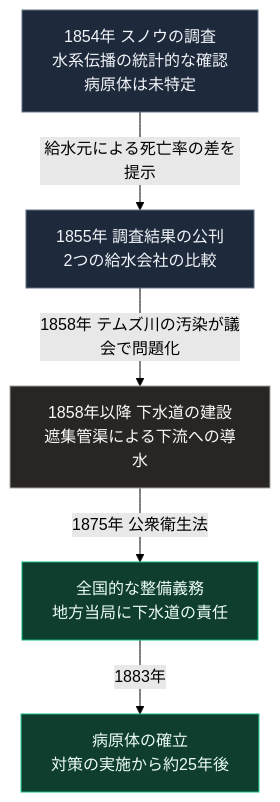
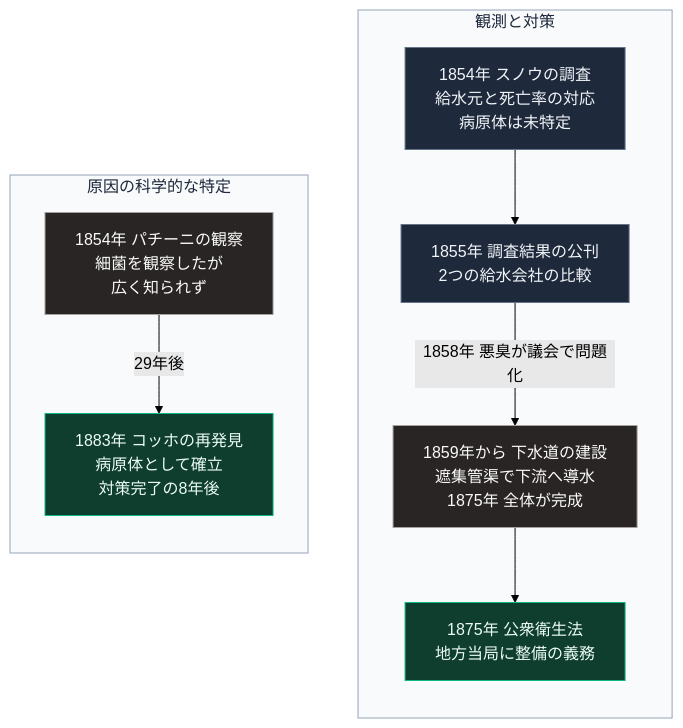
One commit to Takenori-Kusaka/zenn-content changed the diagram in books/sovereign-resilience-blueprint/05_cholera-outbreak-sewage.md. Above: the diagram before and after it, drawn with Mermaid (forest theme). The commit also changed other lines of this file and 114 other files, not shown here.

````diff
--- a/books/sovereign-resilience-blueprint/05_cholera-outbreak-sewage.md
+++ b/books/sovereign-resilience-blueprint/05_cholera-outbreak-sewage.md
@@ -65,14 +65,24 @@
 ```mermaid
 flowchart TD
-    A[1854年 スノウの調査<br>水系伝播の統計的な確認<br>病原体は未特定]
-    A -->|給水元による死亡率の差を提示| B[1855年 調査結果の公刊<br>2つの給水会社の比較]
-    B -->|1858年 テムズ川の汚染が議会で問題化| C[1858年以降 下水道の建設<br>遮集管渠による下流への導水]
-    C -->|1875年 公衆衛生法| D[全国的な整備義務<br>地方当局に下水道の責任]
-    D -->|1883年| E[病原体の確立<br>対策の実施から約25年後]
+    subgraph GA[観測と対策]
+        direction TB
+        A1[1854年 スノウの調査<br>給水元と死亡率の対応<br>病原体は未特定]
+        A1 --> A2[1855年 調査結果の公刊<br>2つの給水会社の比較]
+        A2 -->|1858年 悪臭が議会で問題化| A3[1859年から 下水道の建設<br>遮集管渠で下流へ導水<br>1875年 全体が完成]
+        A3 --> A4[1875年 公衆衛生法<br>地方当局に整備の義務]
+    end
+    subgraph GB[原因の科学的な特定]
+        direction TB
+        B1[1854年 パチーニの観察<br>細菌を観察したが<br>広く知られず]
+        B1 -->|29年後| B2[1883年 コッホの再発見<br>病原体として確立<br>対策完了の8年後]
+    end
 
-    style A fill:#1e293b,stroke:#64748b,color:#f1f5f9
-    style B fill:#1e293b,stroke:#64748b,color:#f1f5f9
-    style C fill:#292524,stroke:#a8a29e,color:#fafaf9
-    style D fill:#0f3d2e,stroke:#10b981,color:#ecfdf5
-    style E fill:#0f3d2e,stroke:#10b981,color:#ecfdf5
+    style GA fill:#f8fafc,stroke:#94a3b8,color:#1e293b
+    style GB fill:#f8fafc,stroke:#94a3b8,color:#1e293b
+    style A1 fill:#1e293b,stroke:#64748b,color:#f1f5f9
+    style A2 fill:#1e293b,stroke:#64748b,color:#f1f5f9
+    style A3 fill:#292524,stroke:#a8a29e,color:#fafaf9
+    style A4 fill:#0f3d2e,stroke:#10b981,color:#ecfdf5
+    style B1 fill:#292524,stroke:#a8a29e,color:#fafaf9
+    style B2 fill:#0f3d2e,stroke:#10b981,color:#ecfdf5
 ```
````
